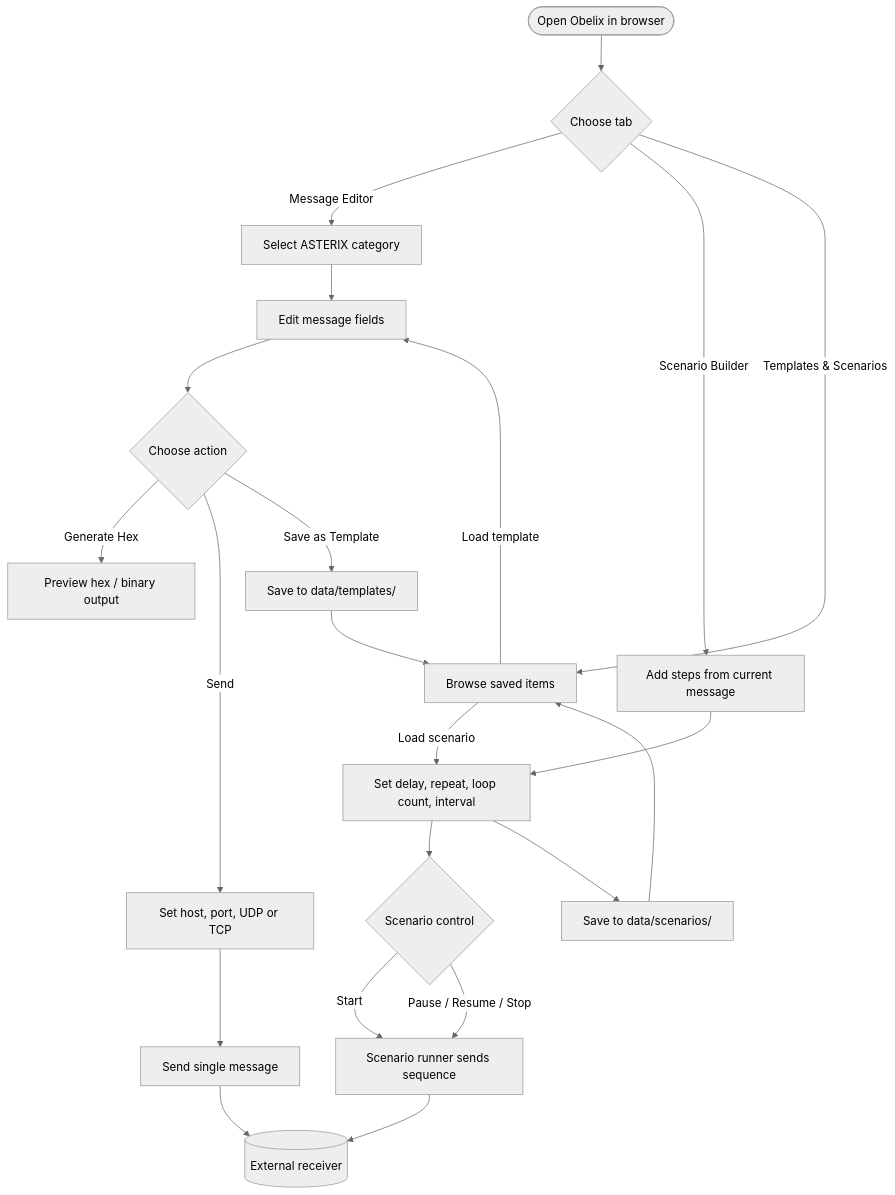
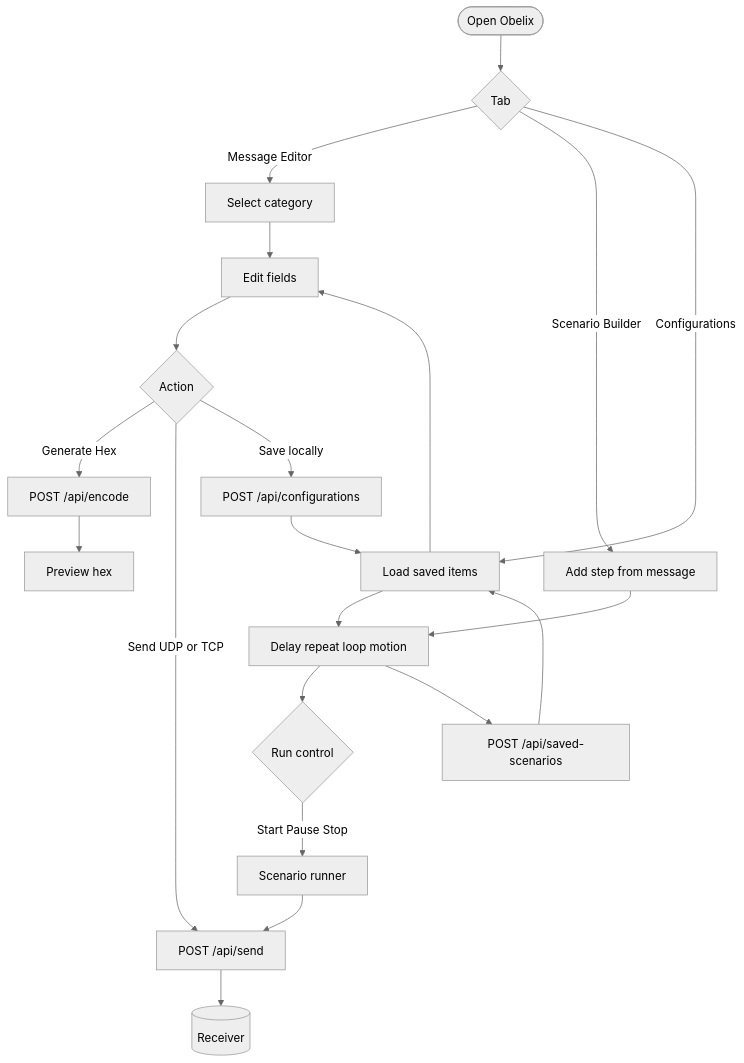
One commit to perneh/obelix changed the first of 3 diagrams in docs/usage.md. Above: the diagram before and after it, drawn with Mermaid (neutral theme). The commit also changed other lines of this file and 2 other files, not shown here.

First line of the commit message:
Update documentation Mermaid diagrams and category coverage.

````diff
--- a/docs/usage.md
+++ b/docs/usage.md
@@ -5,32 +5,32 @@
 ```mermaid
 flowchart TD
-    START([Open Obelix in browser]) --> TAB{Choose tab}
+    start([Open Obelix]) --> tab{Tab}
 
-    TAB -->|Message Editor| CAT[Select ASTERIX category]
-    CAT --> FORM[Edit message fields]
-    FORM --> MA{Choose action}
+    tab -->|Message Editor| cat[Select category]
+    cat --> form[Edit fields]
+    form --> act{Action}
 
-    MA -->|Generate Hex| HEX[Preview hex / binary output]
-    MA -->|Send| CFG[Set host, port, UDP or TCP]
-    CFG --> SEND[Send single message]
-    SEND --> RX[(External receiver)]
+    act -->|Generate Hex| enc["POST /api/encode"]
+    enc --> hex[Preview hex]
 
-    MA -->|Save as Template| SAVT[Save to data/templates/]
+    act -->|Send UDP or TCP| snd["POST /api/send"]
+    snd --> rx[(Receiver)]
 
-    TAB -->|Scenario Builder| STEP[Add steps from current message]
-    STEP --> TIMING[Set delay, repeat, loop count, interval]
-    TIMING --> SC{Scenario control}
+    act -->|Save locally| savcfg["POST /api/configurations"]
 
-    SC -->|Start| RUN[Scenario runner sends sequence]
-    SC -->|Pause / Resume / Stop| RUN
-    RUN --> RX
+    tab -->|Scenario Builder| add[Add step from message]
+    add --> tune[Delay repeat loop motion]
+    tune --> ctl{Run control}
 
-    TIMING --> SAVS[Save to data/scenarios/]
+    ctl -->|Start Pause Stop| run[Scenario runner]
+    run --> snd
 
-    TAB -->|Templates & Scenarios| LIB[Browse saved items]
-    LIB -->|Load template| FORM
-    LIB -->|Load scenario| TIMING
+    tune --> savscn["POST /api/saved-scenarios"]
 
-    SAVT --> LIB
-    SAVS --> LIB
+    tab -->|Configurations| lib[Load saved items]
+    lib --> form
+    lib --> tune
+
+    savcfg --> lib
+    savscn --> lib
 ```
````
